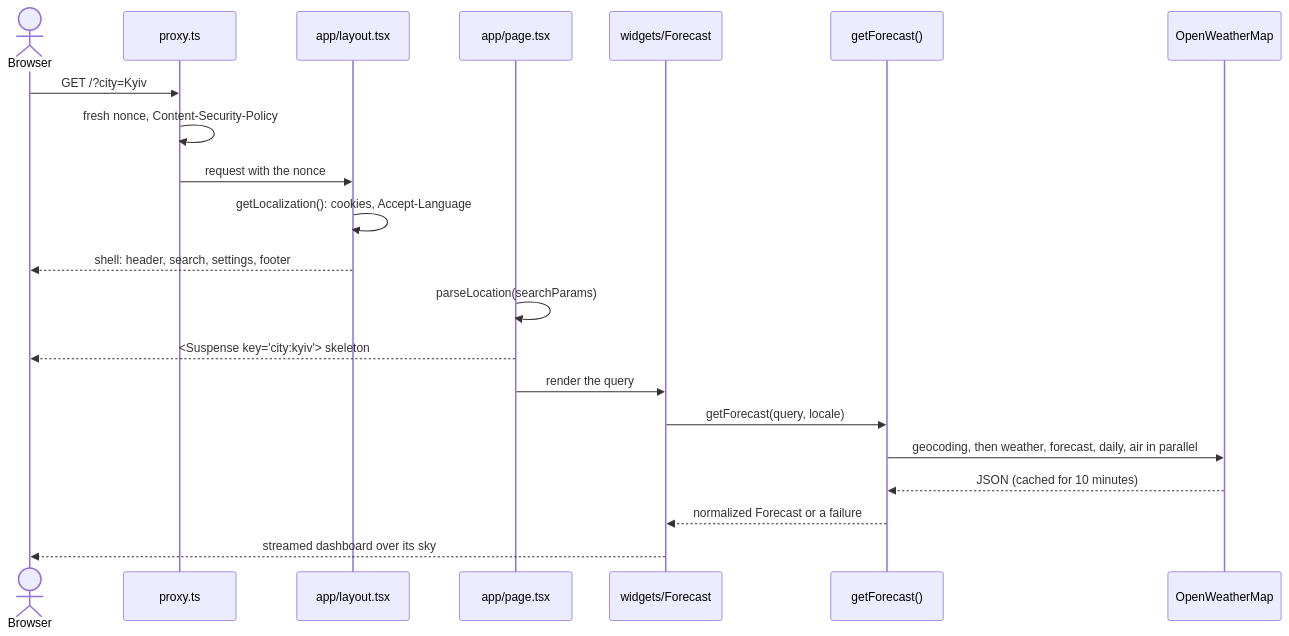
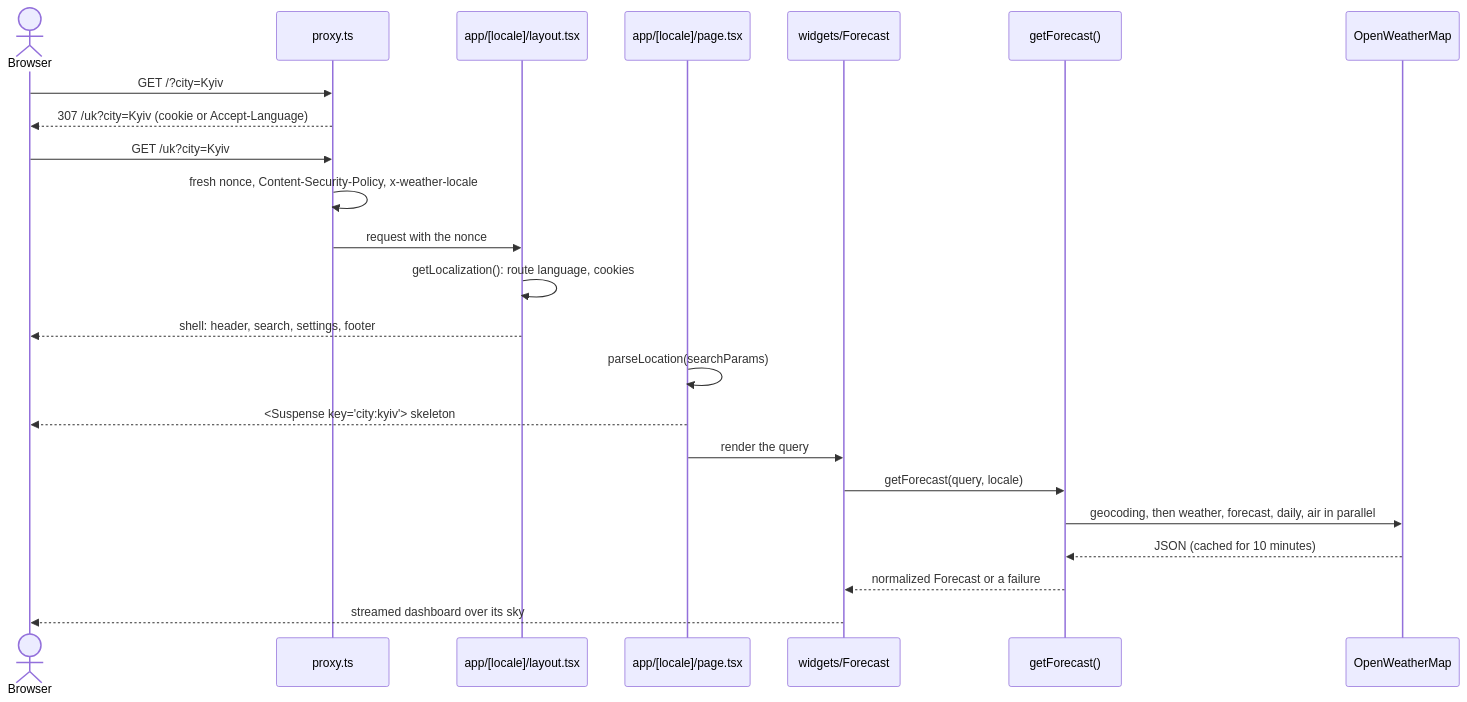
The second of 4 diagrams in docs/architecture.md (sacrificed666/next-weather-app), drawn with Mermaid before and after one commit. The commit also changed other lines of this file and 14 other files, not shown here.

````diff
--- a/docs/architecture.md
+++ b/docs/architecture.md
@@ -50,24 +51,26 @@
 ```mermaid
 sequenceDiagram
   actor Browser
   participant Proxy as proxy.ts
-  participant Layout as app/layout.tsx
-  participant Page as app/page.tsx
+  participant Layout as app/[locale]/layout.tsx
+  participant Page as app/[locale]/page.tsx
   participant Forecast as widgets/Forecast
   participant Model as getForecast()
   participant OWM as OpenWeatherMap
 
   Browser->>Proxy: GET /?city=Kyiv
-  Proxy->>Proxy: fresh nonce, Content-Security-Policy
+  Proxy-->>Browser: 307 /uk?city=Kyiv (cookie or Accept-Language)
+  Browser->>Proxy: GET /uk?city=Kyiv
+  Proxy->>Proxy: fresh nonce, Content-Security-Policy, x-weather-locale
   Proxy->>Layout: request with the nonce
-  Layout->>Layout: getLocalization(): cookies, Accept-Language
+  Layout->>Layout: getLocalization(): route language, cookies
   Layout-->>Browser: shell: header, search, settings, footer
   Page->>Page: parseLocation(searchParams)
   Page-->>Browser: <Suspense key="city:kyiv"> skeleton
   Page->>Forecast: render the query
   Forecast->>Model: getForecast(query, locale)
   Model->>OWM: geocoding, then weather, forecast, daily, air in parallel
   OWM-->>Model: JSON (cached for 10 minutes)
   Model-->>Forecast: normalized Forecast or a failure
   Forecast-->>Browser: streamed dashboard over its sky
 ```
````
